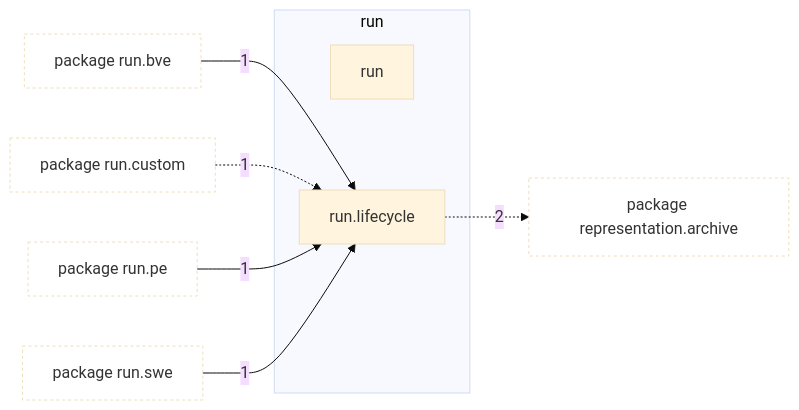
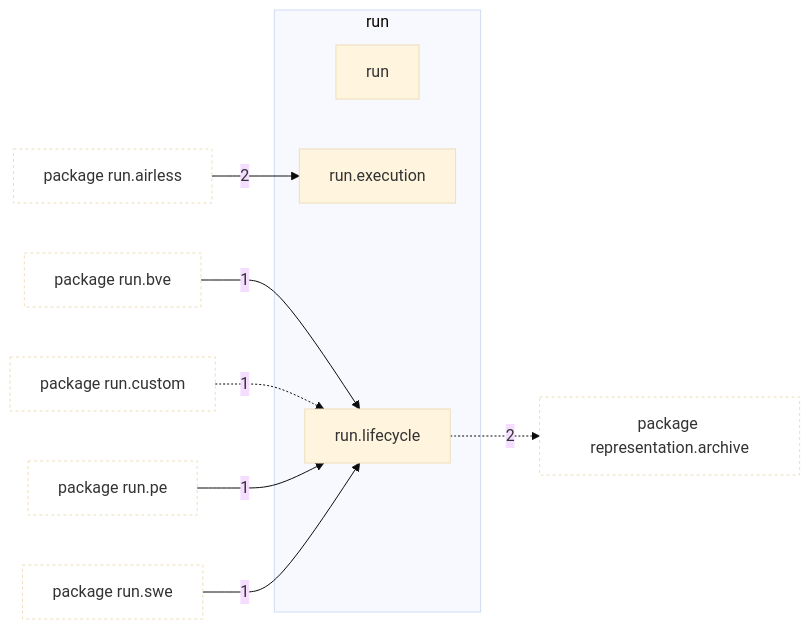
The first of 2 diagrams in docs/architecture/current/packages/tropoi.run.md (AlexandreEros/Palintropos), drawn with Mermaid (base theme) before and after one commit. The commit also changed other lines of this file and 26 other files, not shown here.

First line of the commit message:
GPU-first execution for airless runs (stage F): CPU only on explicit request, no fallback (#82)

````diff
--- a/docs/architecture/current/packages/tropoi.run.md
+++ b/docs/architecture/current/packages/tropoi.run.md
@@ -20,25 +21,29 @@
 ```mermaid
 %% Generated by tools.architecture 2.3.0. Do not edit by hand.
 %% Modules of tropoi.run with imports in and out
 flowchart LR
     subgraph g_tropoi_orun["run"]
         n_tropoi_orun["run"]
+        n_tropoi_orun_oexecution["run.execution"]
         n_tropoi_orun_olifecycle["run.lifecycle"]
     end
     p_tropoi_orepresentation_oarchive["package representation.archive"]
+    p_tropoi_orun_oairless["package run.airless"]
     p_tropoi_orun_obve["package run.bve"]
     p_tropoi_orun_ocustom["package run.custom"]
     p_tropoi_orun_ope["package run.pe"]
     p_tropoi_orun_oswe["package run.swe"]
+    p_tropoi_orun_oairless -->|2| n_tropoi_orun_oexecution
     p_tropoi_orun_obve -->|1| n_tropoi_orun_olifecycle
     p_tropoi_orun_ocustom -.->|1| n_tropoi_orun_olifecycle
     p_tropoi_orun_ope -->|1| n_tropoi_orun_olifecycle
     p_tropoi_orun_oswe -->|1| n_tropoi_orun_olifecycle
     n_tropoi_orun_olifecycle -.->|2| p_tropoi_orepresentation_oarchive
     classDef other fill:none,stroke-dasharray:3 3
     class p_tropoi_orepresentation_oarchive other
+    class p_tropoi_orun_oairless other
     class p_tropoi_orun_obve other
     class p_tropoi_orun_ocustom other
     class p_tropoi_orun_ope other
     class p_tropoi_orun_oswe other
 ```
````
